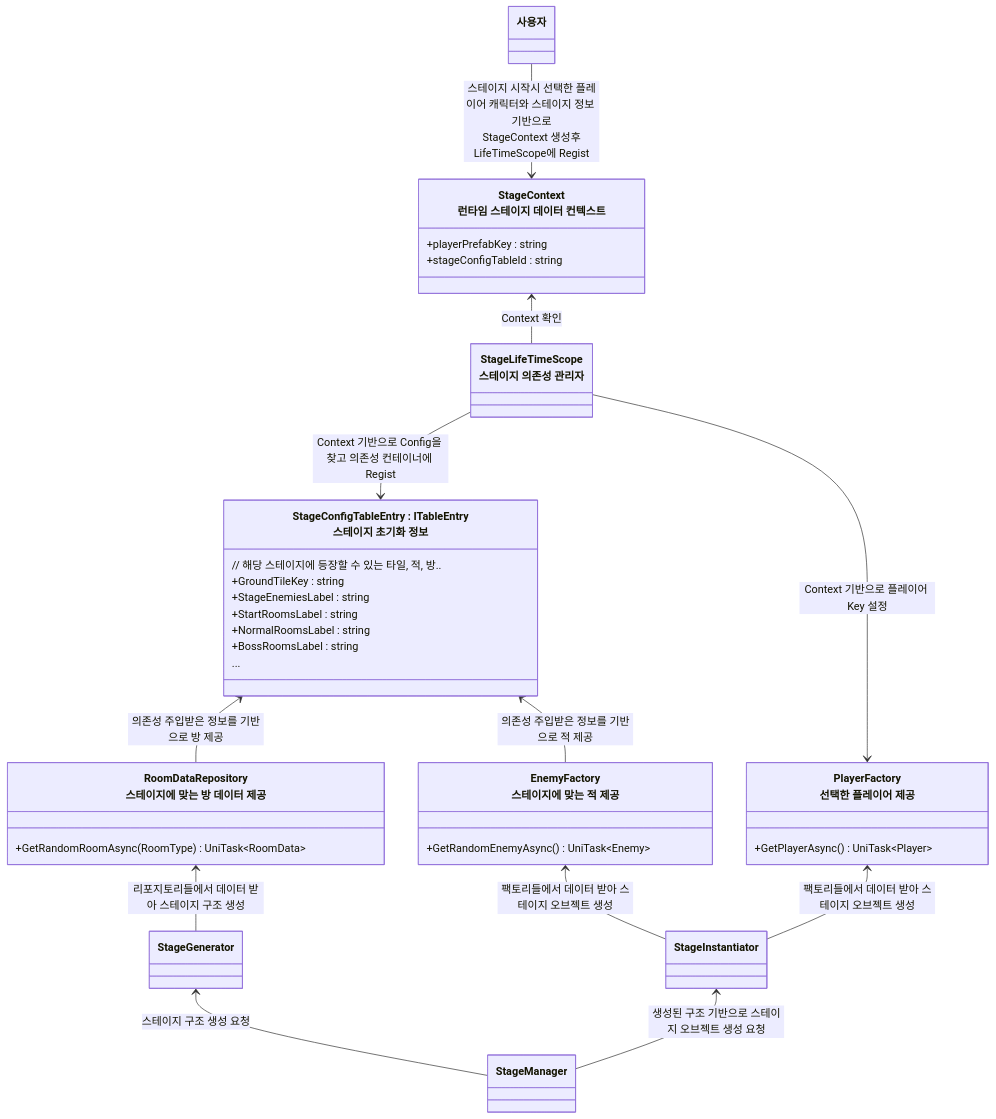
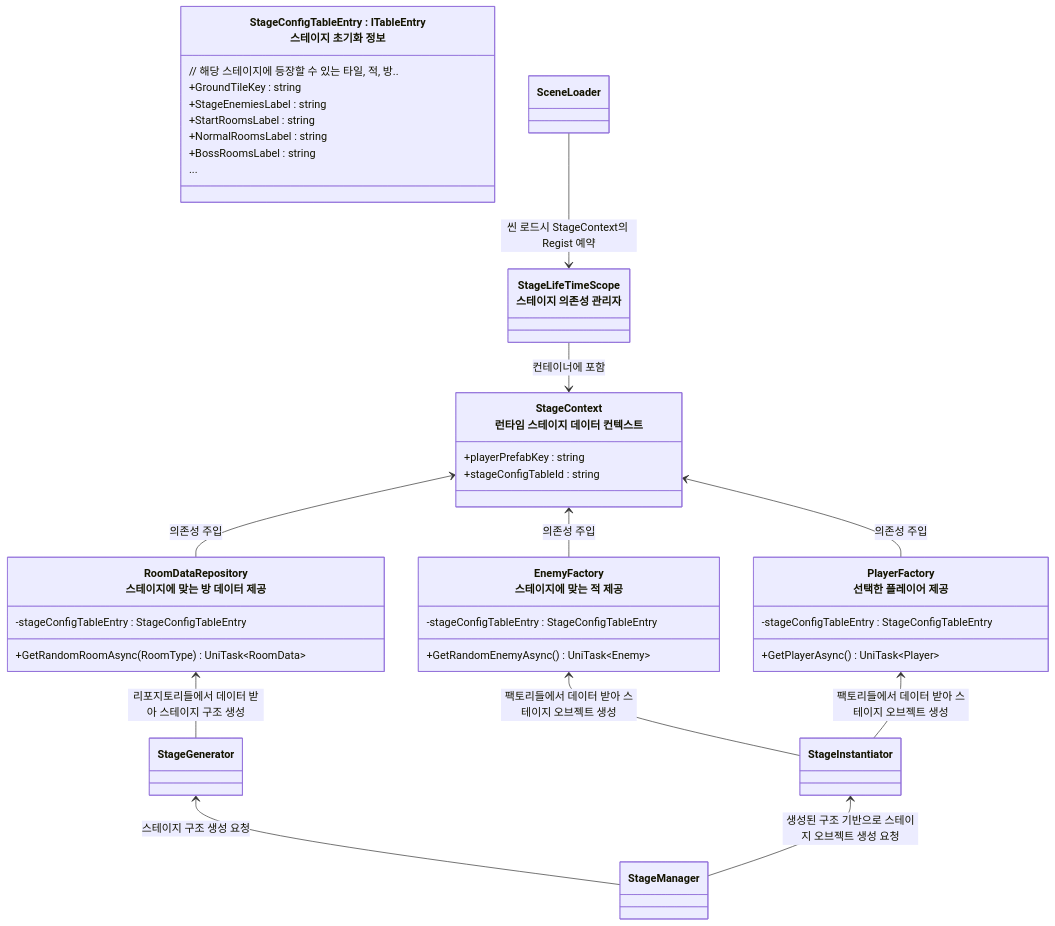
One commit to JIN5EOK/DungeonShooter changed the third of 5 diagrams in README/스테이지_설계.md. Above: the diagram before and after it, drawn with Mermaid. The commit also changed other lines of this file, not shown here.

Commit message:
docs: 스테이지 컨텍스트 주입구조 다이어그램 작성

````diff
--- a/README/스테이지_설계.md
+++ b/README/스테이지_설계.md
@@ -116,42 +116,44 @@
 ```mermaid
 classDiagram
     class StageConfigTableEntry["StageConfigTableEntry : ITableEntry<br>스테이지 초기화 정보"]{
         // 해당 스테이지에 등장할 수 있는 타일, 적, 방..
         +GroundTileKey : string
         +StageEnemiesLabel : string
         +StartRoomsLabel : string
         +NormalRoomsLabel : string
         +BossRoomsLabel : string
         ...
     }
 
     class StageContext["StageContext<br>런타임 스테이지 데이터 컨텍스트"]{
         +playerPrefabKey : string
         +stageConfigTableId : string
     }
     
-    사용자 --> StageContext : 스테이지 시작시 선택한 플레이어 캐릭터와 스테이지 정보 기반으로<br> StageContext 생성후 LifeTimeScope에 Regist
     class RoomDataRepository["RoomDataRepository<br>스테이지에 맞는 방 데이터 제공"]{
+        -stageConfigTableEntry : StageConfigTableEntry
         +GetRandomRoomAsync(RoomType) UniTask~RoomData~
     }
     
     class EnemyFactory["EnemyFactory<br>스테이지에 맞는 적 제공"]{
+        -stageConfigTableEntry : StageConfigTableEntry
         +GetRandomEnemyAsync() UniTask~Enemy~
     }
 
     class PlayerFactory["PlayerFactory<br>선택한 플레이어 제공"]{
+        -stageConfigTableEntry : StageConfigTableEntry
         +GetPlayerAsync() UniTask~Player~
     }
-    
+
+    SceneLoader --> StageLifeTimeScope : 씬 로드시 StageContext의 Regist 예약
     class StageLifeTimeScope["StageLifeTimeScope<br>스테이지 의존성 관리자"]
-    StageContext <-- StageLifeTimeScope : Context 확인
-    StageLifeTimeScope --> StageConfigTableEntry : Context 기반으로 Config을 찾고 의존성 컨테이너에 Regist
-    StageConfigTableEntry <-- RoomDataRepository : 의존성 주입받은 정보를 기반으로 방 제공
-    StageConfigTableEntry <-- EnemyFactory : 의존성 주입받은 정보를 기반으로 적 제공
-    StageLifeTimeScope --> PlayerFactory   : Context 기반으로 플레이어 Key 설정
+    StageContext <-- PlayerFactory : 의존성 주입
+    StageLifeTimeScope --> StageContext  : 컨테이너에 포함
+    StageContext <-- RoomDataRepository : 의존성 주입
+    StageContext <-- EnemyFactory : 의존성 주입
     RoomDataRepository <-- StageGenerator : 리포지토리들에서 데이터 받아 스테이지 구조 생성
     EnemyFactory <-- StageInstantiator : 팩토리들에서 데이터 받아 스테이지 오브젝트 생성
     PlayerFactory <-- StageInstantiator : 팩토리들에서 데이터 받아 스테이지 오브젝트 생성
     StageGenerator <-- StageManager : 스테이지 구조 생성 요청
     StageInstantiator <-- StageManager : 생성된 구조 기반으로 스테이지 오브젝트 생성 요청
 ```
````
